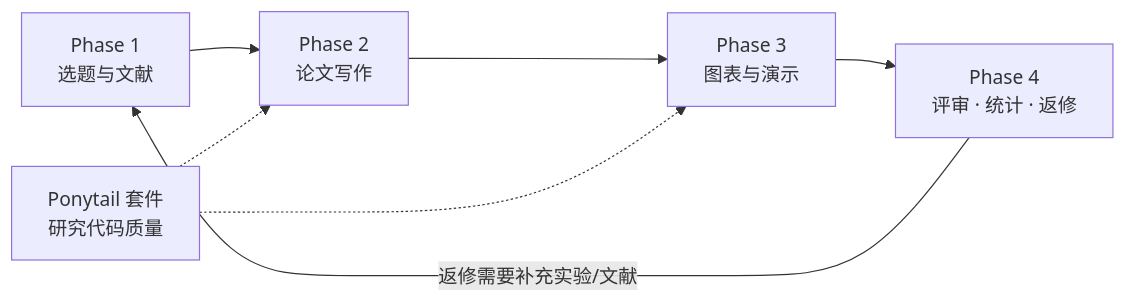
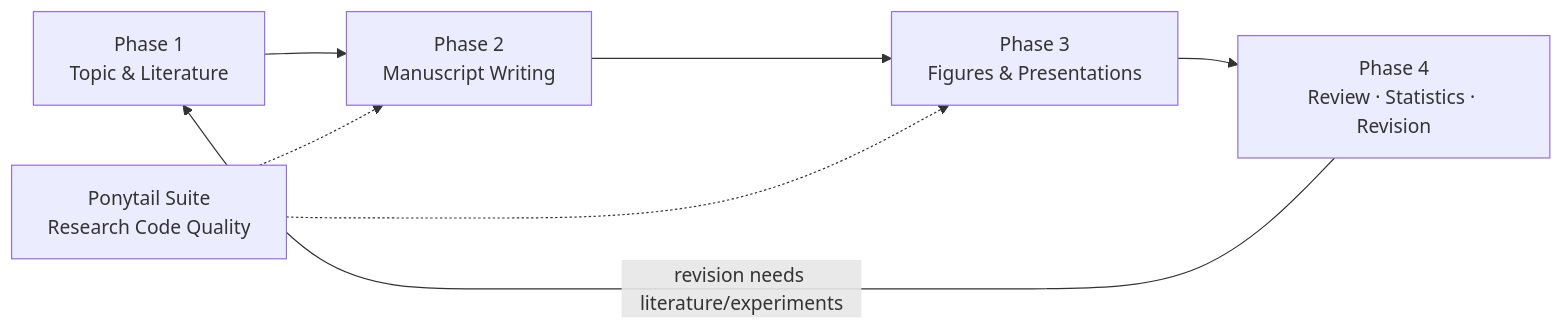
The diagram in README.md (changzhanyou0215/codex-research-workflow), drawn with Mermaid before and after one commit. The commit also changed other lines of this file and 1 other file, not shown here.

````diff
--- a/README.md
+++ b/README.md
@@ -71,9 +63,9 @@
 ```mermaid
 flowchart LR
-    A["Phase 1<br/>选题与文献"] --> B["Phase 2<br/>论文写作"]
-    B --> C["Phase 3<br/>图表与演示"]
-    C --> D["Phase 4<br/>评审 · 统计 · 返修"]
-    Q["Ponytail 套件<br/>研究代码质量"] -.-> B
+    A["Phase 1<br/>Topic & Literature"] --> B["Phase 2<br/>Manuscript Writing"]
+    B --> C["Phase 3<br/>Figures & Presentations"]
+    C --> D["Phase 4<br/>Review · Statistics · Revision"]
+    Q["Ponytail Suite<br/>Research Code Quality"] -.-> B
     Q -.-> C
-    D -->|"返修需要补充实验/文献"| A
+    D -->|"revision needs literature/experiments"| A
 ```
````
